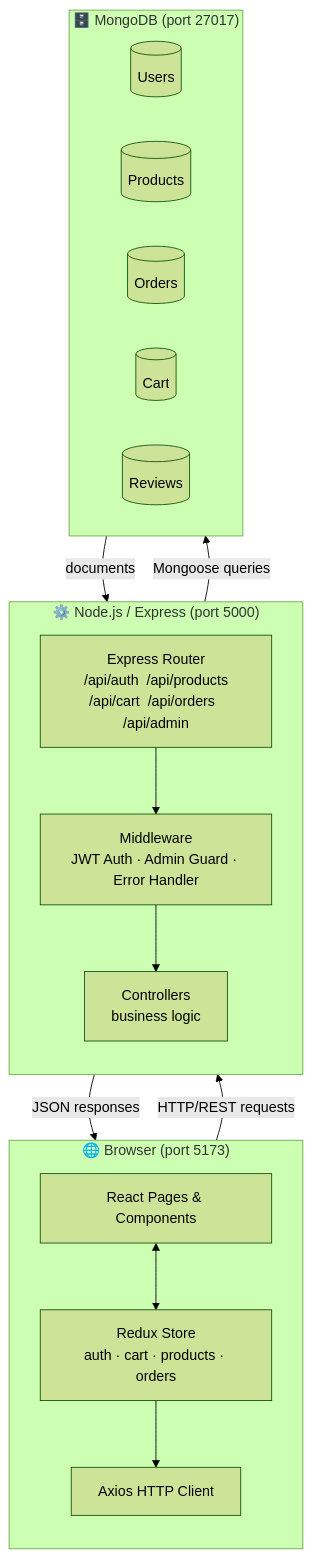
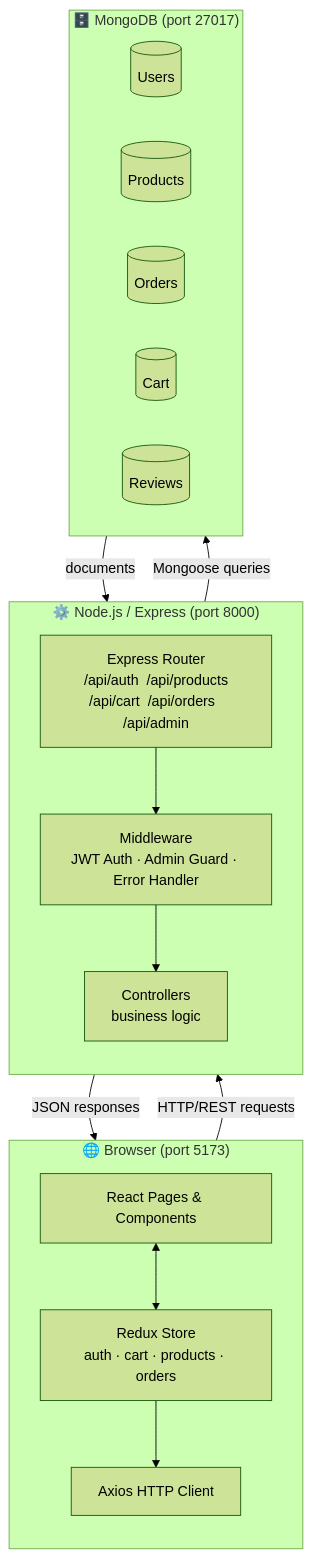
The first of 5 diagrams in README.md (sandy1007/ecomm-web), drawn with Mermaid (forest theme) before and after one commit. The commit also changed other lines of this file and 9 other files, not shown here.

````diff
--- a/README.md
+++ b/README.md
@@ -123,33 +124,33 @@
 ```mermaid
 graph TB
     subgraph Browser["🌐 Browser  (port 5173)"]
         direction TB
         UI["React Pages & Components"]
         Store["Redux Store\nauth · cart · products · orders"]
         Axios["Axios HTTP Client"]
         UI <--> Store
         Store --> Axios
     end
 
-    subgraph Server["⚙️ Node.js / Express  (port 5000)"]
+    subgraph Server["⚙️ Node.js / Express  (port 8000)"]
         direction TB
         Router["Express Router\n/api/auth  /api/products\n/api/cart  /api/orders  /api/admin"]
         MW["Middleware\nJWT Auth · Admin Guard · Error Handler"]
         Ctrl["Controllers\nbusiness logic"]
         Router --> MW --> Ctrl
     end
 
     subgraph DB["🗄️ MongoDB  (port 27017)"]
         direction LR
         U[("Users")]
         P[("Products")]
         O[("Orders")]
         C[("Cart")]
         R[("Reviews")]
     end
 
     Axios -- "HTTP/REST requests" --> Router
     Ctrl -- "Mongoose queries" --> DB
     DB -- "documents" --> Ctrl
     Server -- "JSON responses" --> Browser
 ```
````
